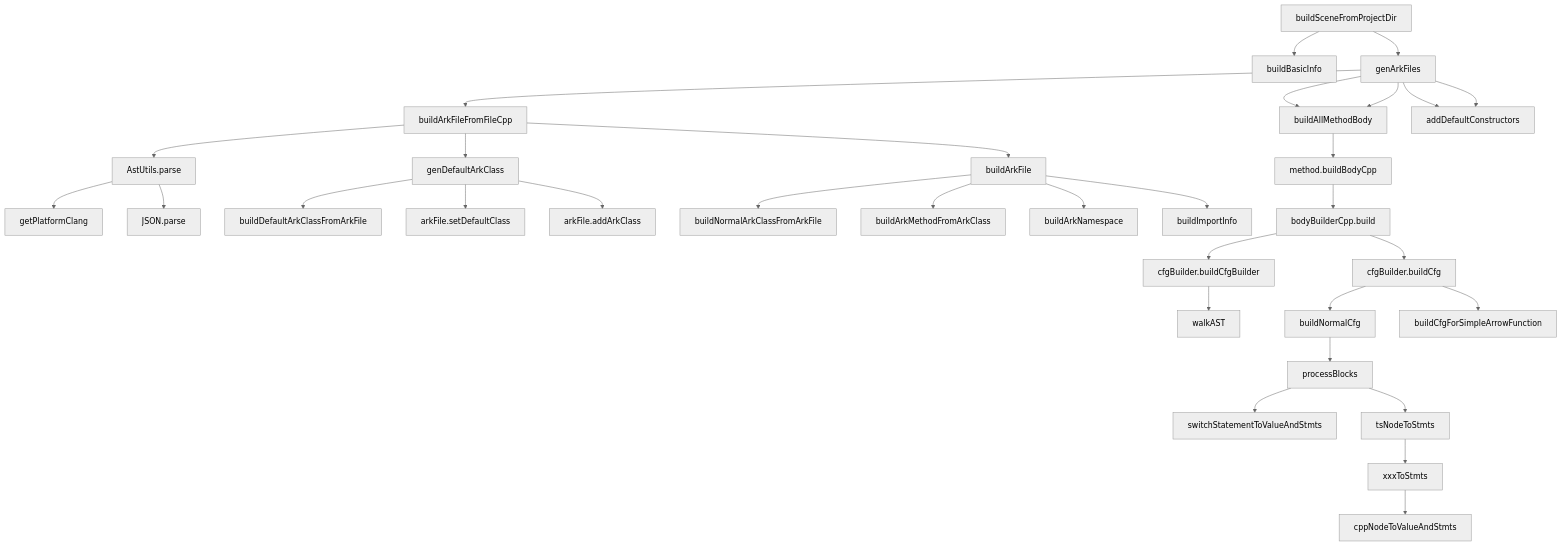
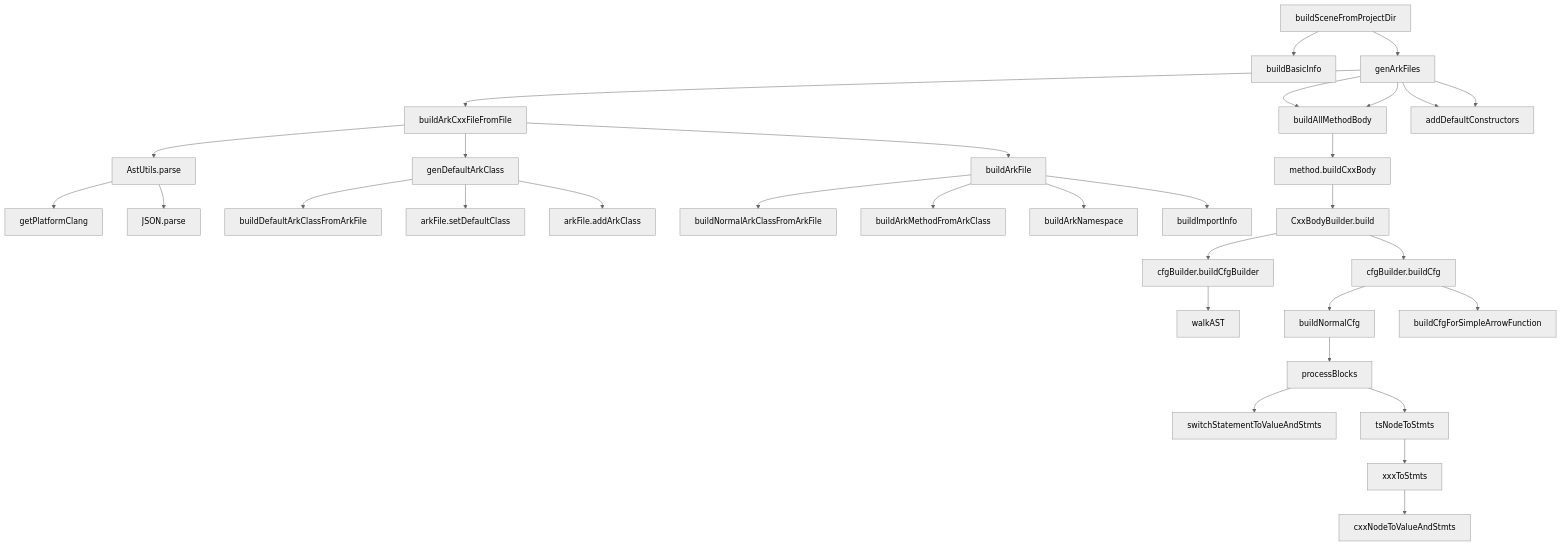
Before and after one commit to SMAT-Lab/ArkAnalyzer: the diagram in docs/cpp_frontend/cpp_frontend_user_guide.md, drawn with Mermaid (neutral theme). The commit also changed other lines of this file and 24 other files, not shown here.

````diff
--- a/docs/cpp_frontend/cpp_frontend_user_guide.md
+++ b/docs/cpp_frontend/cpp_frontend_user_guide.md
@@ -95,35 +95,35 @@
 ```mermaid
 graph TD
     buildSceneFromProjectDir --> buildBasicInfo
     buildSceneFromProjectDir --> genArkFiles
-    genArkFiles --> buildArkFileFromFileCpp
+    genArkFiles --> buildArkCxxFileFromFile
     genArkFiles --> buildAllMethodBody
     genArkFiles --> addDefaultConstructors
-    buildArkFileFromFileCpp --> AstUtils.parse
+    buildArkCxxFileFromFile --> AstUtils.parse
     AstUtils.parse --> getPlatformClang
     AstUtils.parse --> JSON.parse
-    buildArkFileFromFileCpp --> genDefaultArkClass
-    buildArkFileFromFileCpp --> buildArkFile
+    buildArkCxxFileFromFile --> genDefaultArkClass
+    buildArkCxxFileFromFile --> buildArkFile
     genDefaultArkClass --> buildDefaultArkClassFromArkFile
     genDefaultArkClass --> arkFile.setDefaultClass
     genDefaultArkClass --> arkFile.addArkClass
     buildArkFile --> buildNormalArkClassFromArkFile
     buildArkFile --> buildArkMethodFromArkClass
     buildArkFile --> buildArkNamespace
     buildArkFile --> buildImportInfo
     genArkFiles --> buildAllMethodBody
     genArkFiles --> addDefaultConstructors
-    buildAllMethodBody --> method.buildBodyCpp
-    method.buildBodyCpp --> bodyBuilderCpp.build
-    bodyBuilderCpp.build --> cfgBuilder.buildCfgBuilder
-    bodyBuilderCpp.build --> cfgBuilder.buildCfg
+    buildAllMethodBody --> method.buildCxxBody
+    method.buildCxxBody --> CxxBodyBuilder.build
+    CxxBodyBuilder.build --> cfgBuilder.buildCfgBuilder
+    CxxBodyBuilder.build --> cfgBuilder.buildCfg
     cfgBuilder.buildCfgBuilder --> walkAST
     cfgBuilder.buildCfg --> buildNormalCfg
     cfgBuilder.buildCfg --> buildCfgForSimpleArrowFunction
     buildNormalCfg --> processBlocks
     processBlocks --> switchStatementToValueAndStmts
     processBlocks --> tsNodeToStmts
     tsNodeToStmts --> xxxToStmts
-    xxxToStmts --> cppNodeToValueAndStmts
+    xxxToStmts --> cxxNodeToValueAndStmts
 
 ```
````
